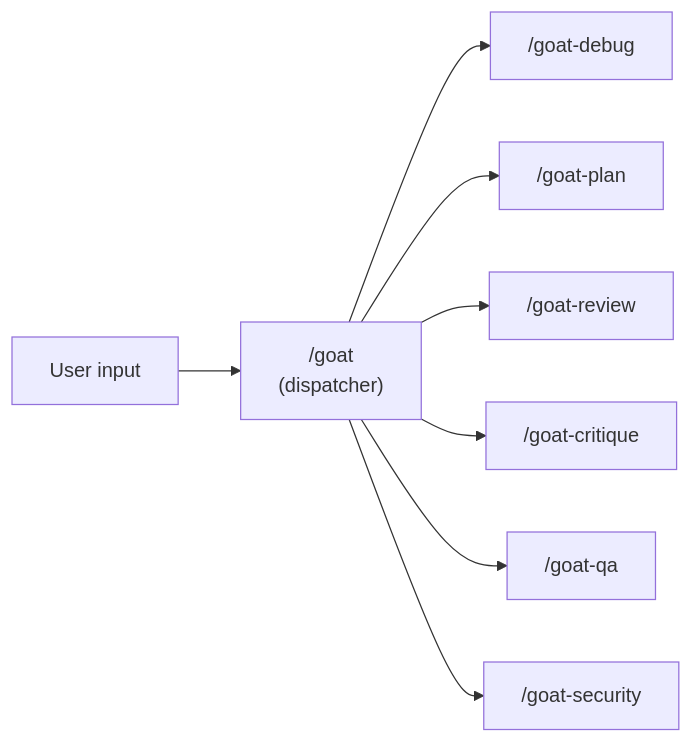
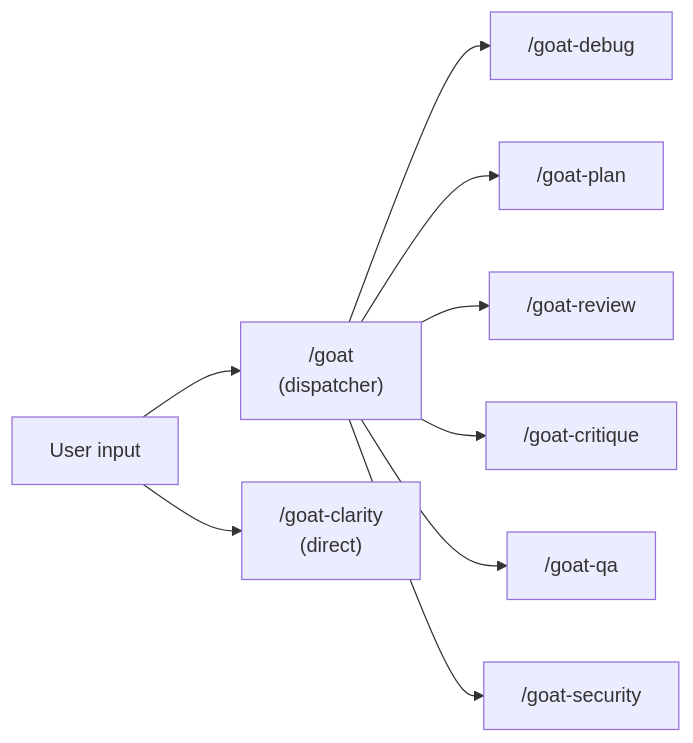
One commit to blundergoat/goat-flow changed the first of 9 diagrams in docs/skills.md. Above: the diagram before and after it, drawn with Mermaid. The commit also changed other lines of this file and 106 other files, not shown here.

First line of the commit message:
feat(core): add goat clarity skill

````diff
--- a/docs/skills.md
+++ b/docs/skills.md
@@ -19,10 +19,11 @@
 ```mermaid
 flowchart LR
     User["User input"] --> Dispatcher["/goat\n(dispatcher)"]
     Dispatcher --> Debug["/goat-debug"]
     Dispatcher --> Plan["/goat-plan"]
     Dispatcher --> Review["/goat-review"]
     Dispatcher --> Critique["/goat-critique"]
     Dispatcher --> QA["/goat-qa"]
     Dispatcher --> Security["/goat-security"]
+    User --> Clarity["/goat-clarity\n(direct)"]
 ```
````
